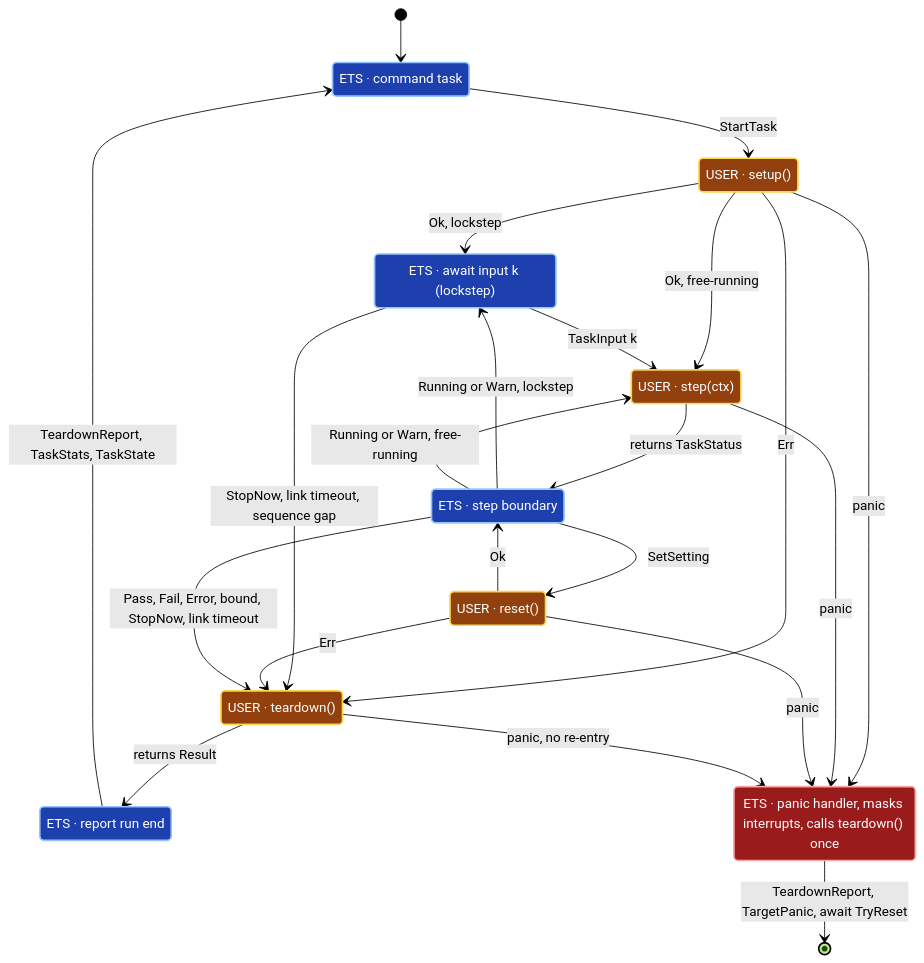
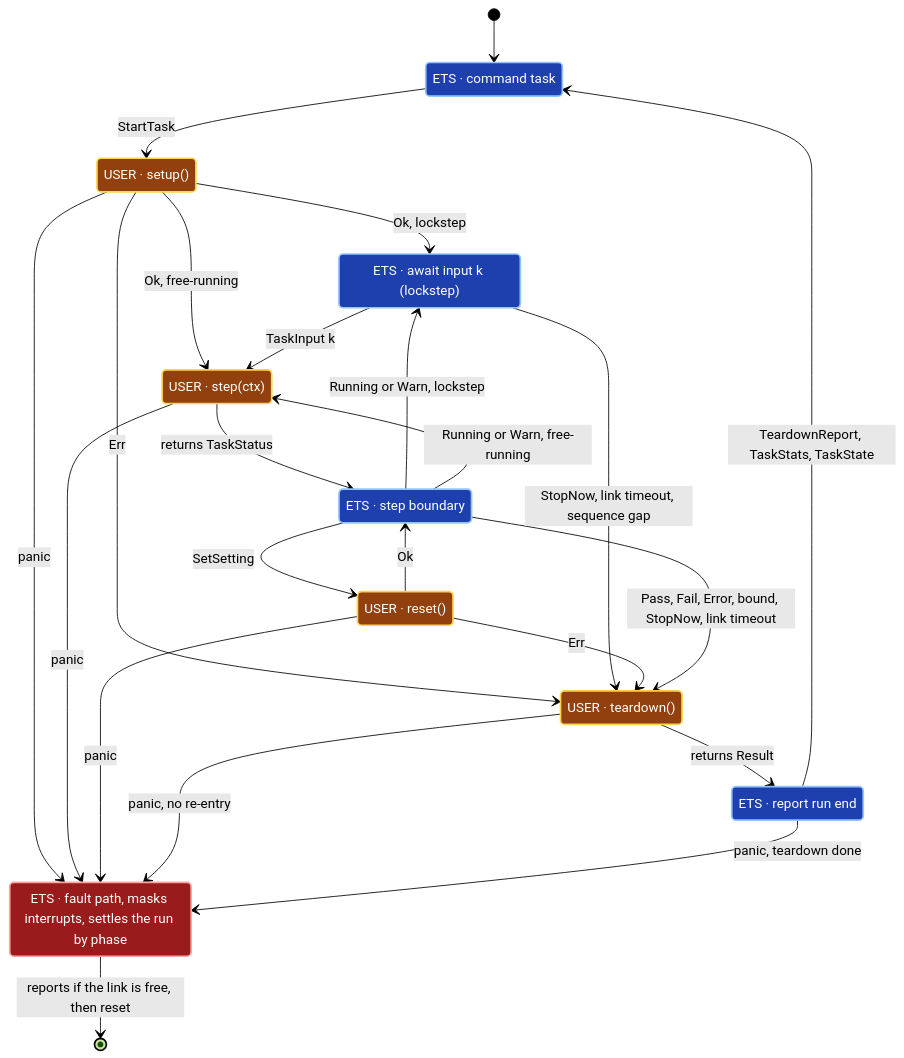
Before and after one commit to Dyse-Industries/control-rs: the diagram in documentation/ets/lifecycle-suite-design.md, drawn with Mermaid (forest theme). The commit also changed other lines of this file and 4 other files, not shown here.

````diff
--- a/documentation/ets/lifecycle-suite-design.md
+++ b/documentation/ets/lifecycle-suite-design.md
@@ -173,39 +174,40 @@
 ```mermaid
 stateDiagram-v2
     classDef ets fill: #1e40af, stroke: #93c5fd, stroke-width: 2px, color: #ffffff
     classDef user fill: #92400e, stroke: #fcd34d, stroke-width: 2px, color: #ffffff
     classDef fault fill: #991b1b, stroke: #fca5a5, stroke-width: 2px, color: #ffffff
     Idle: ETS · command task
     AwaitInput: ETS · await input k (lockstep)
     Setup: USER · setup()
     Step: USER · step(ctx)
     Boundary: ETS · step boundary
     Reset: USER · reset()
     Teardown: USER · teardown()
     Report: ETS · report run end
-    Panic: ETS · panic handler, masks interrupts, calls teardown() once
+    Panic: ETS · fault path, masks interrupts, settles the run by phase
     [*] --> Idle
     Idle --> Setup: StartTask
     Setup --> AwaitInput: Ok, lockstep
     Setup --> Step: Ok, free-running
     Setup --> Teardown: Err
     AwaitInput --> Step: TaskInput k
     AwaitInput --> Teardown: StopNow, link timeout, sequence gap
     Step --> Boundary: returns TaskStatus
     Boundary --> AwaitInput: Running or Warn, lockstep
     Boundary --> Step: Running or Warn, free-running
     Boundary --> Reset: SetSetting
     Reset --> Boundary: Ok
     Reset --> Teardown: Err
     Boundary --> Teardown: Pass, Fail, Error, bound, StopNow, link timeout
     Teardown --> Report: returns Result
     Report --> Idle: TeardownReport, TaskStats, TaskState
     Setup --> Panic: panic
     Step --> Panic: panic
     Reset --> Panic: panic
     Teardown --> Panic: panic, no re-entry
-    Panic --> [*]: TeardownReport, TargetPanic, await TryReset
+    Report --> Panic: panic, teardown done
+    Panic --> [*]: reports if the link is free, then reset
     class Idle, AwaitInput, Boundary, Report ets
     class Setup, Step, Reset, Teardown user
     class Panic fault
 ```
````
